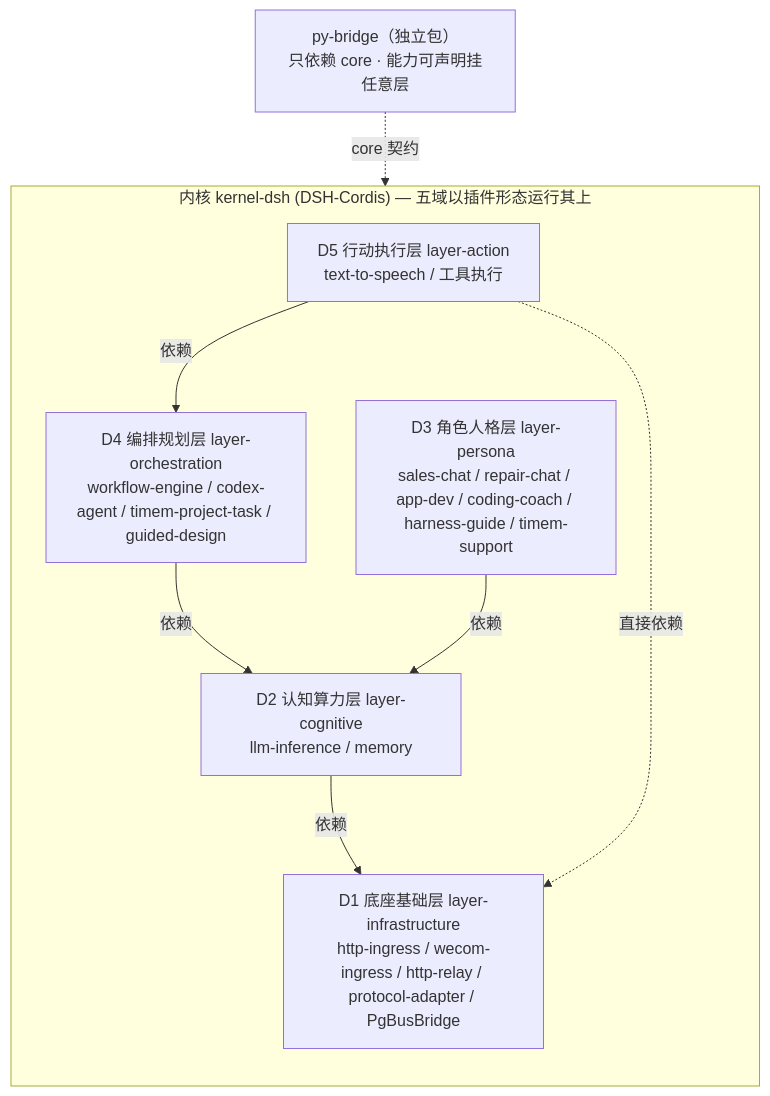
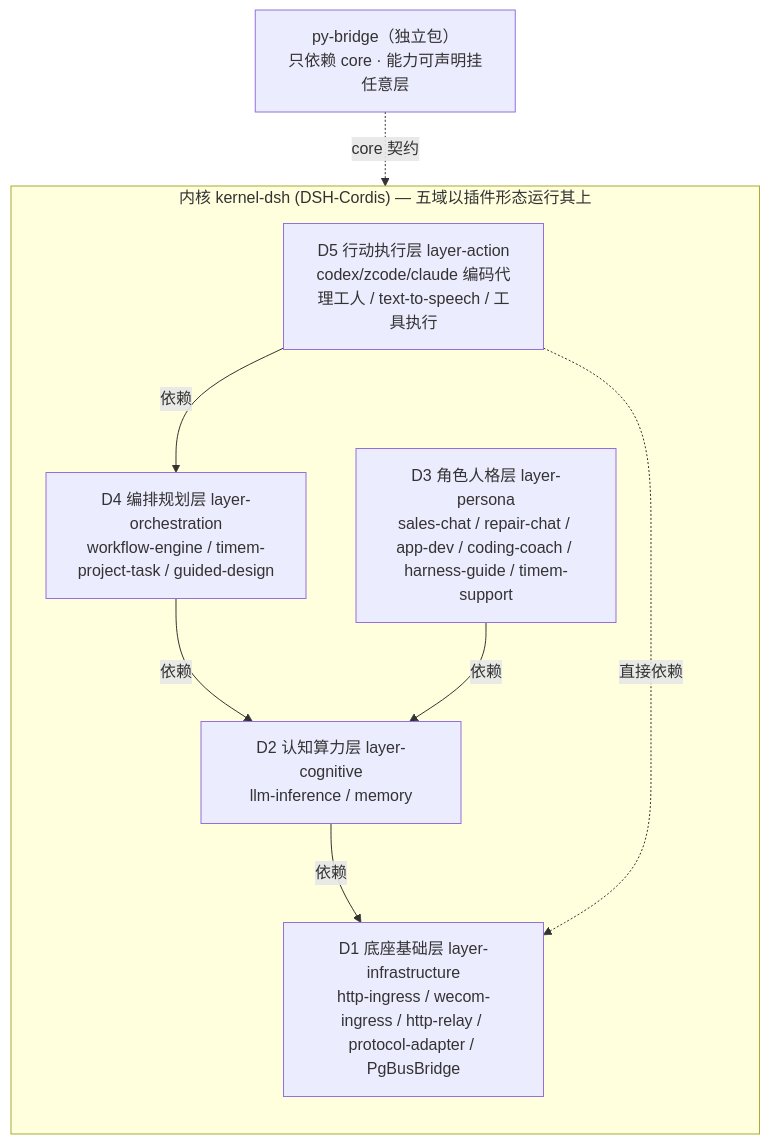
Before and after one commit to AIGility-Cloud-Innovation/aigility-harness: the second of 2 diagrams in README.md, drawn with Mermaid. The commit also changed other lines of this file and 3 other files, not shown here.

````diff
--- a/README.md
+++ b/README.md
@@ -104,18 +105,18 @@
 ```mermaid
 flowchart TB
     subgraph KERNEL["内核 kernel-dsh (DSH-Cordis) — 五域以插件形态运行其上"]
         direction TB
-        D5["D5 行动执行层 layer-action<br/>text-to-speech / 工具执行"]
-        D4["D4 编排规划层 layer-orchestration<br/>workflow-engine / codex-agent / timem-project-task / guided-design"]
+        D5["D5 行动执行层 layer-action<br/>codex/zcode/claude 编码代理工人 / text-to-speech / 工具执行"]
+        D4["D4 编排规划层 layer-orchestration<br/>workflow-engine / timem-project-task / guided-design"]
         D3["D3 角色人格层 layer-persona<br/>sales-chat / repair-chat / app-dev / coding-coach / harness-guide / timem-support"]
         D2["D2 认知算力层 layer-cognitive<br/>llm-inference / memory"]
         D1["D1 底座基础层 layer-infrastructure<br/>http-ingress / wecom-ingress / http-relay / protocol-adapter / PgBusBridge"]
         D5 -->|依赖| D4
         D4 -->|依赖| D2
         D3 -->|依赖| D2
         D2 -->|依赖| D1
         D5 -.->|直接依赖| D1
     end
     PYB["py-bridge（独立包）<br/>只依赖 core · 能力可声明挂任意层"]
     PYB -.->|core 契约| KERNEL
 ```
````
